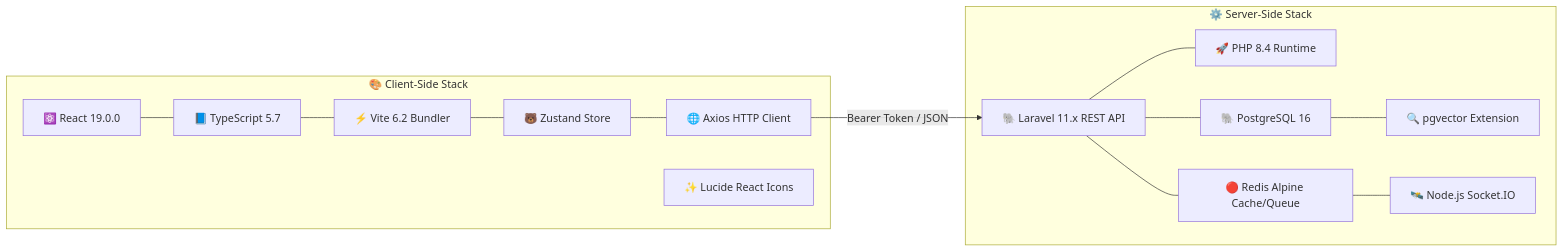
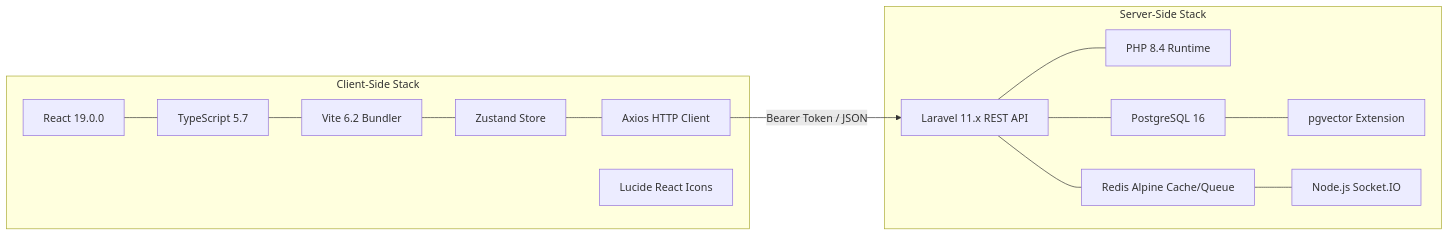
One commit to abdo544445/rudood-platform-v2 changed the first of 3 diagrams in DOCS/v2/RUDOOD_PLATFORM_V2_COMPLETE_ARCHITECTURE_OUTLINE.md. Above: the diagram before and after it, drawn with Mermaid. The commit also changed other lines of this file and 3 other files, not shown here.

Commit message:
docs: update v2 platform documentation for architecture, testing, and student guidelines

````diff
--- a/DOCS/v2/RUDOOD_PLATFORM_V2_COMPLETE_ARCHITECTURE_OUTLINE.md
+++ b/DOCS/v2/RUDOOD_PLATFORM_V2_COMPLETE_ARCHITECTURE_OUTLINE.md
@@ -92,31 +96,31 @@
 ```mermaid
 graph LR
-    subgraph "🎨 Client-Side Stack"
-        R19["⚛️ React 19.0.0"]
-        TS["📘 TypeScript 5.7"]
-        VITE["⚡ Vite 6.2 Bundler"]
-        ZUST["🐻 Zustand Store"]
-        AXIOS["🌐 Axios HTTP Client"]
-        LUCIDE["✨ Lucide React Icons"]
+    subgraph "Client-Side Stack"
+        R19["React 19.0.0"]
+        TS["TypeScript 5.7"]
+        VITE["Vite 6.2 Bundler"]
+        ZUST["Zustand Store"]
+        AXIOS["Axios HTTP Client"]
+        LUCIDE["Lucide React Icons"]
     end
 
-    subgraph "⚙️ Server-Side Stack"
-        L11["🐘 Laravel 11.x REST API"]
-        PHP["🚀 PHP 8.4 Runtime"]
-        PG["🐘 PostgreSQL 16"]
-        VEC["🔍 pgvector Extension"]
-        REDIS["🔴 Redis Alpine Cache/Queue"]
-        SOCK["🛰️ Node.js Socket.IO"]
+    subgraph "Server-Side Stack"
+        L11["Laravel 11.x REST API"]
+        PHP["PHP 8.4 Runtime"]
+        PG["PostgreSQL 16"]
+        VEC["pgvector Extension"]
+        REDIS["Redis Alpine Cache/Queue"]
+        SOCK["Node.js Socket.IO"]
     end
 
     R19 --- TS
     TS --- VITE
     VITE --- ZUST
     ZUST --- AXIOS
     AXIOS -->|Bearer Token / JSON| L11
     L11 --- PHP
     L11 --- PG
     PG --- VEC
     L11 --- REDIS
     REDIS --- SOCK
 ```
````
